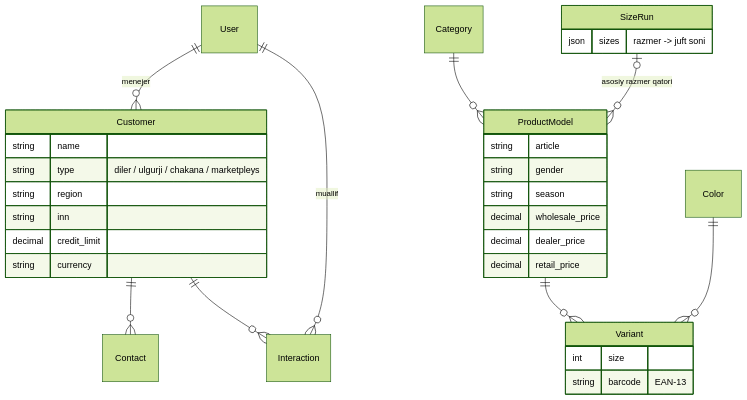
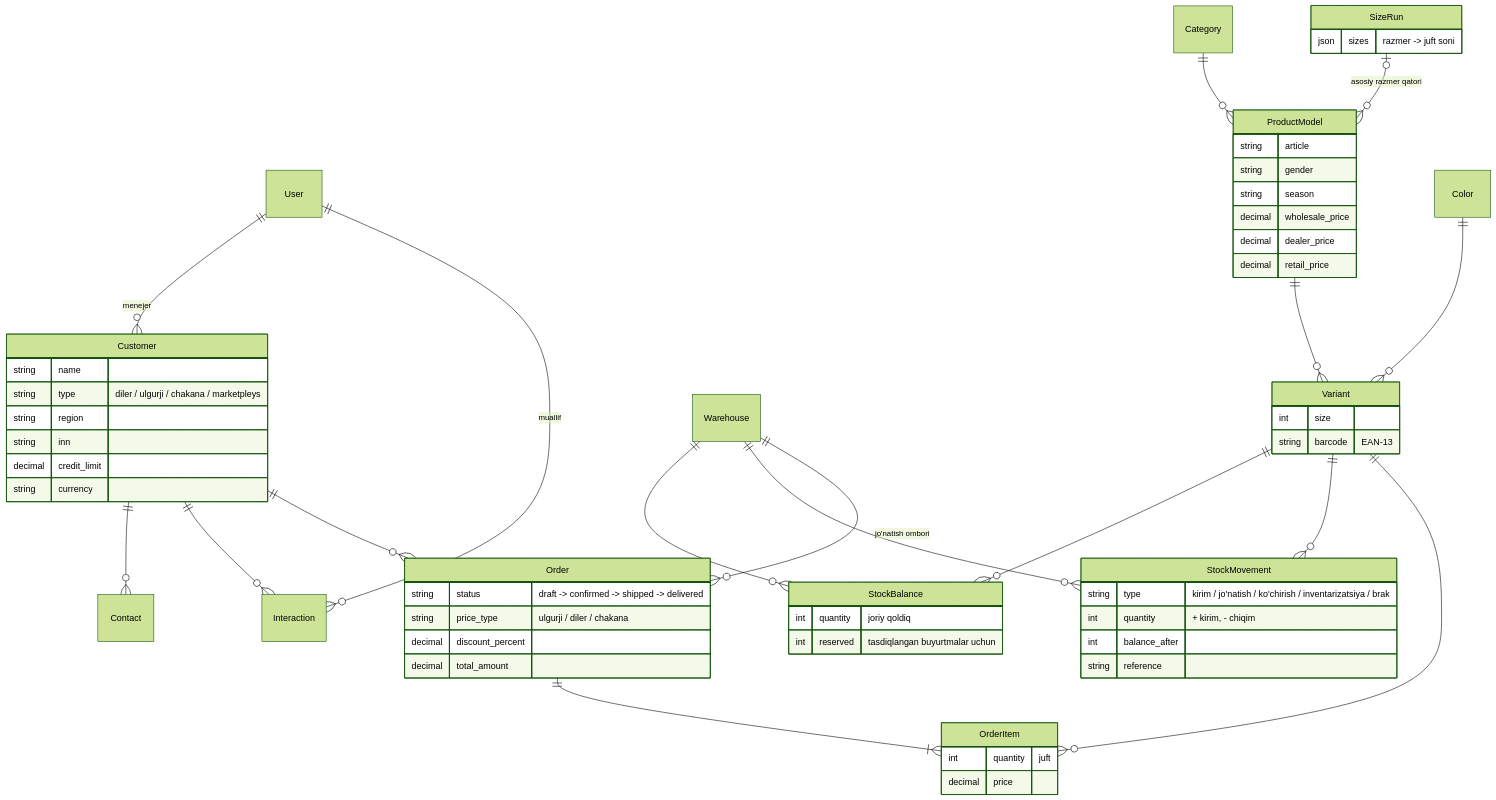
One commit to octavvos/ShoeFlow changed the first of 2 diagrams in README.md. Above: the diagram before and after it, drawn with Mermaid (forest theme). The commit also changed other lines of this file, not shown here.

Commit message:
README: ombor, buyurtmalar va holatlar diagrammasi

````diff
--- a/README.md
+++ b/README.md
@@ -48,35 +48,63 @@
 ```mermaid
 erDiagram
     User ||--o{ Customer : "menejer"
     Customer ||--o{ Contact : ""
     Customer ||--o{ Interaction : ""
     User ||--o{ Interaction : "muallif"
     Category ||--o{ ProductModel : ""
     SizeRun |o--o{ ProductModel : "asosiy razmer qatori"
     ProductModel ||--o{ Variant : ""
     Color ||--o{ Variant : ""
+    Warehouse ||--o{ StockBalance : ""
+    Variant ||--o{ StockBalance : ""
+    Warehouse ||--o{ StockMovement : ""
+    Variant ||--o{ StockMovement : ""
+    Customer ||--o{ Order : ""
+    Warehouse ||--o{ Order : "jo'natish ombori"
+    Order ||--|{ OrderItem : ""
+    Variant ||--o{ OrderItem : ""
 
     Customer {
         string name
         string type "diler / ulgurji / chakana / marketpleys"
         string region
         string inn
         decimal credit_limit
         string currency
     }
     ProductModel {
         string article
         string gender
         string season
         decimal wholesale_price
         decimal dealer_price
         decimal retail_price
     }
     Variant {
         int size
         string barcode "EAN-13"
     }
     SizeRun {
         json sizes "razmer -> juft soni"
     }
+    StockBalance {
+        int quantity "joriy qoldiq"
+        int reserved "tasdiqlangan buyurtmalar uchun"
+    }
+    StockMovement {
+        string type "kirim / jo'natish / ko'chirish / inventarizatsiya / brak"
+        int quantity "+ kirim, - chiqim"
+        int balance_after
+        string reference
+    }
+    Order {
+        string status "draft -> confirmed -> shipped -> delivered"
+        string price_type "ulgurji / diler / chakana"
+        decimal discount_percent
+        decimal total_amount
+    }
+    OrderItem {
+        int quantity "juft"
+        decimal price
+    }
 ```
````
